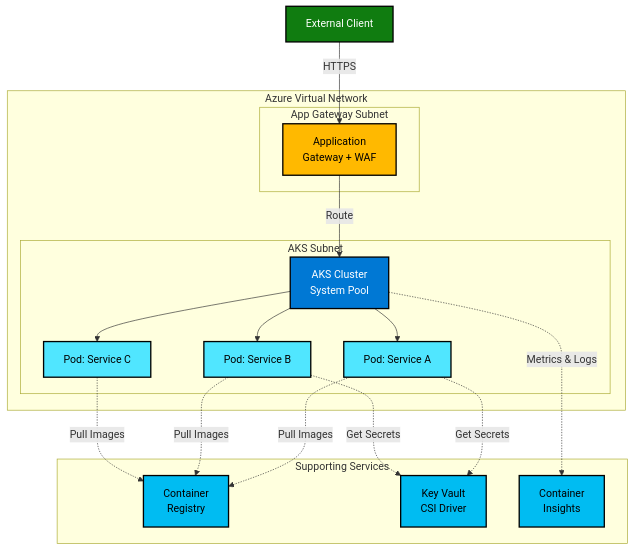
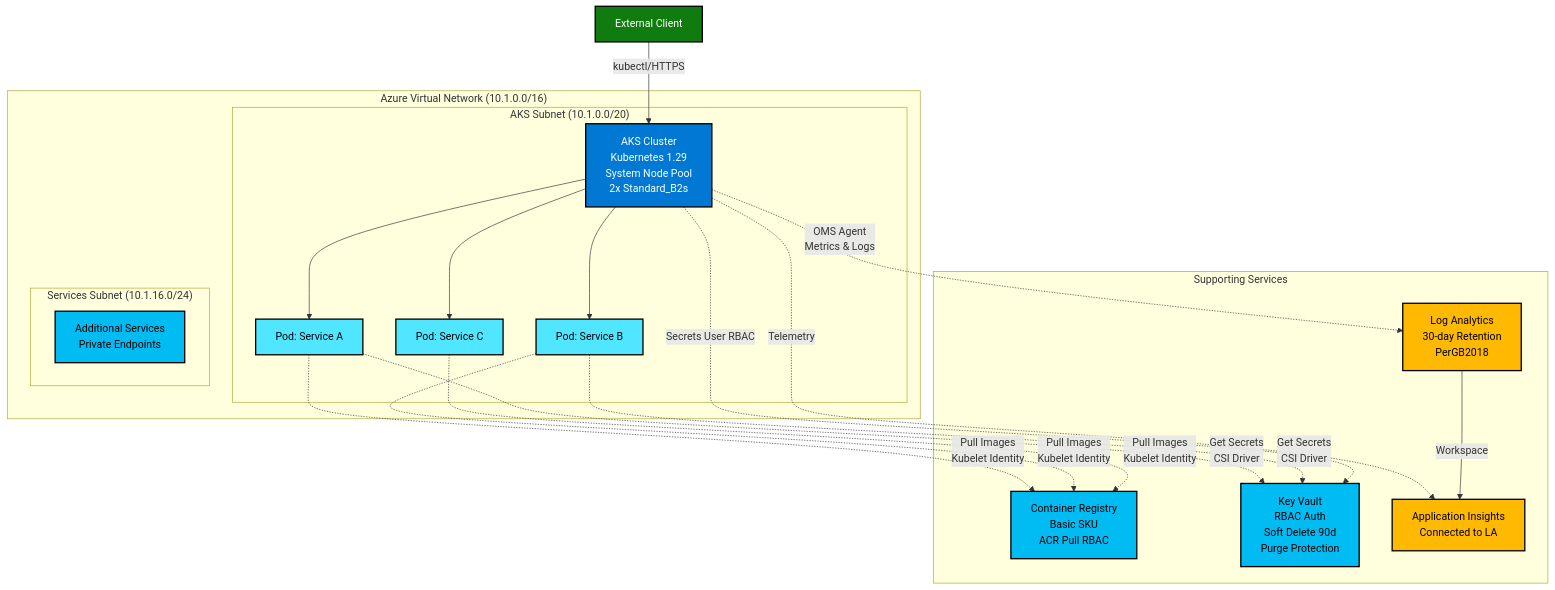
Before and after one commit to chrisdoofer/Azure-Infra-Demos: the diagram in patterns/microservices-aks/architecture.mmd, drawn with Mermaid. The commit also changed 15 other files, not shown here.

First line of the commit message:
feat: Wave 3 — complete zero-trust-network + microservices-aks

```diff
--- a/patterns/microservices-aks/architecture.mmd
+++ b/patterns/microservices-aks/architecture.mmd
@@ -1,46 +1,51 @@
 graph TB
-    subgraph "Azure Virtual Network"
-        subgraph "App Gateway Subnet"
-            AGW[Application<br/>Gateway + WAF]
-        end
-        
-        subgraph "AKS Subnet"
-            AKS[AKS Cluster<br/>System Pool]
+    subgraph "Azure Virtual Network (10.1.0.0/16)"
+        subgraph "AKS Subnet (10.1.0.0/20)"
+            AKS[AKS Cluster<br/>Kubernetes 1.29<br/>System Node Pool<br/>2x Standard_B2s]
             POD1[Pod: Service A]
             POD2[Pod: Service B]
             POD3[Pod: Service C]
         end
+        
+        subgraph "Services Subnet (10.1.16.0/24)"
+            SVC[Additional Services<br/>Private Endpoints]
+        end
     end
     
     subgraph "Supporting Services"
-        ACR[Container<br/>Registry]
-        KV[Key Vault<br/>CSI Driver]
-        MON[Container<br/>Insights]
+        ACR[Container Registry<br/>Basic SKU<br/>ACR Pull RBAC]
+        KV[Key Vault<br/>RBAC Auth<br/>Soft Delete 90d<br/>Purge Protection]
+        LOG[Log Analytics<br/>30-day Retention<br/>PerGB2018]
+        APPI[Application Insights<br/>Connected to LA]
     end
     
-    User[External Client] -->|HTTPS| AGW
-    AGW -->|Route| AKS
+    User[External Client] -->|kubectl/HTTPS| AKS
     AKS --> POD1
     AKS --> POD2
     AKS --> POD3
     
-    POD1 -.->|Pull Images| ACR
-    POD2 -.->|Pull Images| ACR
-    POD3 -.->|Pull Images| ACR
+    POD1 -.->|Pull Images<br/>Kubelet Identity| ACR
+    POD2 -.->|Pull Images<br/>Kubelet Identity| ACR
+    POD3 -.->|Pull Images<br/>Kubelet Identity| ACR
     
-    POD1 -.->|Get Secrets| KV
-    POD2 -.->|Get Secrets| KV
+    POD1 -.->|Get Secrets<br/>CSI Driver| KV
+    POD2 -.->|Get Secrets<br/>CSI Driver| KV
     
-    AKS -.->|Metrics & Logs| MON
+    AKS -.->|OMS Agent<br/>Metrics & Logs| LOG
+    AKS -.->|Telemetry| APPI
+    LOG -->|Workspace| APPI
     
-    classDef gateway fill:#FFB900,stroke:#000,stroke-width:2px,color:#000
+    AKS -.->|Secrets User RBAC| KV
+    
+    classDef vnet fill:#E8F4FD,stroke:#0078D4,stroke-width:2px,color:#000
     classDef aks fill:#0078D4,stroke:#000,stroke-width:2px,color:#fff
     classDef pods fill:#50E6FF,stroke:#000,stroke-width:2px,color:#000
     classDef support fill:#00BCF2,stroke:#000,stroke-width:2px,color:#000
     classDef user fill:#107C10,stroke:#000,stroke-width:2px,color:#fff
+    classDef monitor fill:#FFB900,stroke:#000,stroke-width:2px,color:#000
     
-    class AGW gateway
     class AKS aks
     class POD1,POD2,POD3 pods
-    class ACR,KV,MON support
+    class ACR,KV,SVC support
+    class LOG,APPI monitor
     class User user
```
